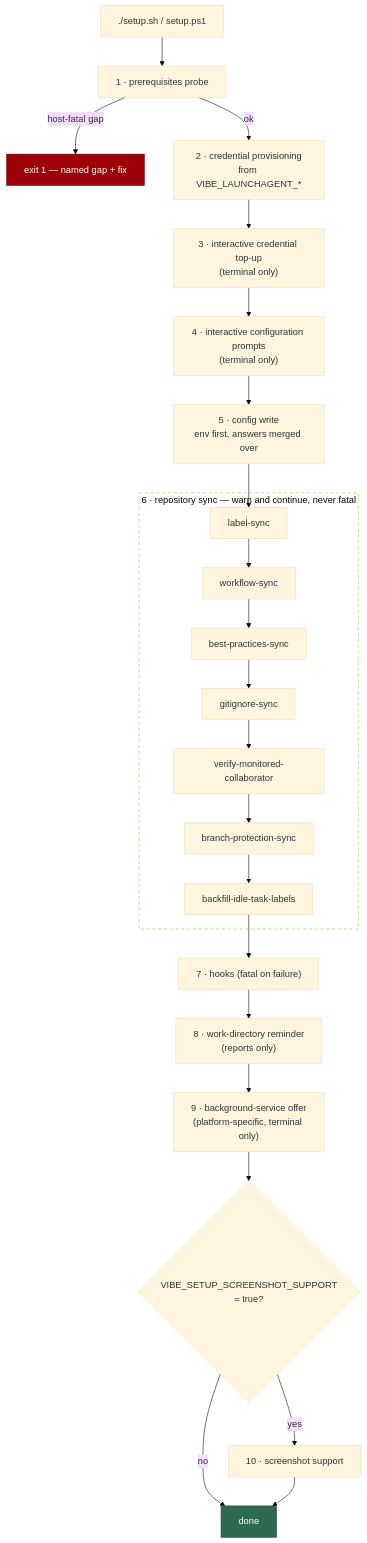
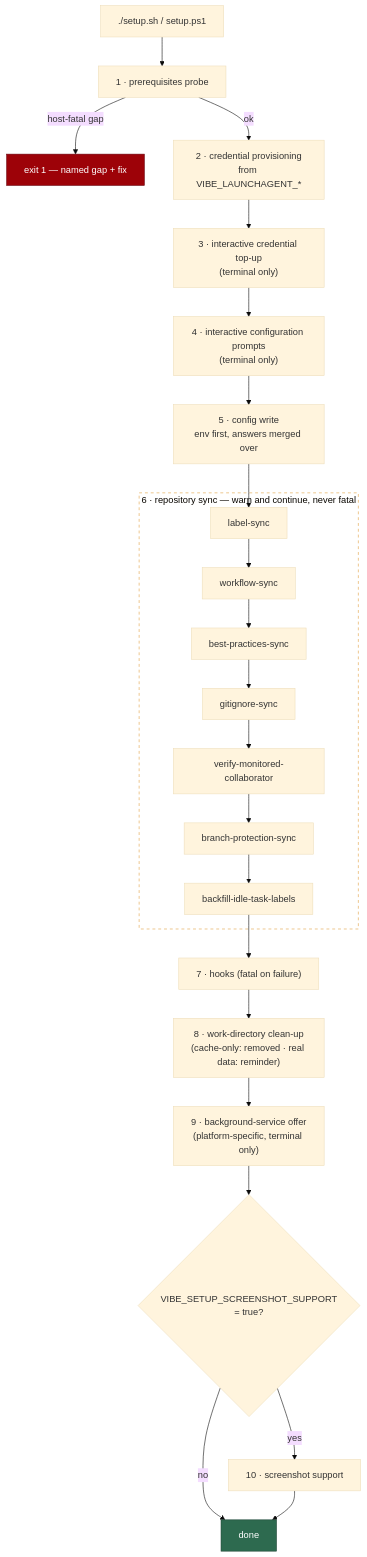
One commit to stSoftwareAU/VibeCoder changed the diagram in docs/SETUP.md. Above: the diagram before and after it, drawn with Mermaid (base theme). The commit also changed other lines of this file and 4 other files, not shown here.

````diff
--- a/docs/SETUP.md
+++ b/docs/SETUP.md
@@ -135,28 +140,28 @@
 ```mermaid
 flowchart TD
     S["./setup.sh / setup.ps1"] --> P["1 · prerequisites probe"]
     P -->|"host-fatal gap"| X["exit 1 — named gap + fix"]
     P -->|ok| C["2 · credential provisioning<br/>from VIBE_LAUNCHAGENT_*"]
     C --> IC["3 · interactive credential top-up<br/>(terminal only)"]
     IC --> IP["4 · interactive configuration prompts<br/>(terminal only)"]
     IP --> W["5 · config write<br/>env first, answers merged over"]
     W --> L["label-sync"]
     subgraph SY["6 · repository sync — warn and continue, never fatal"]
         L --> WS["workflow-sync"]
         WS --> BS["best-practices-sync"]
         BS --> GI["gitignore-sync"]
         GI --> VC["verify-monitored-collaborator"]
         VC --> BR["branch-protection-sync"]
         BR --> BF["backfill-idle-task-labels"]
     end
     BF --> H["7 · hooks (fatal on failure)"]
-    H --> R["8 · work-directory reminder<br/>(reports only)"]
+    H --> R["8 · work-directory clean-up<br/>(cache-only: removed · real data: reminder)"]
     R --> SO["9 · background-service offer<br/>(platform-specific, terminal only)"]
     SO --> SC{"VIBE_SETUP_SCREENSHOT_SUPPORT<br/>= true?"}
     SC -->|yes| SS["10 · screenshot support"]
     SC -->|no| D["done"]
     SS --> D
     style X fill:#9d0208,stroke:#6a040f,color:#fff
     style SY fill:none,stroke:#e09f3e,stroke-dasharray:5 5
     style D fill:#2d6a4f,stroke:#1b4332,color:#fff
 ```
````
